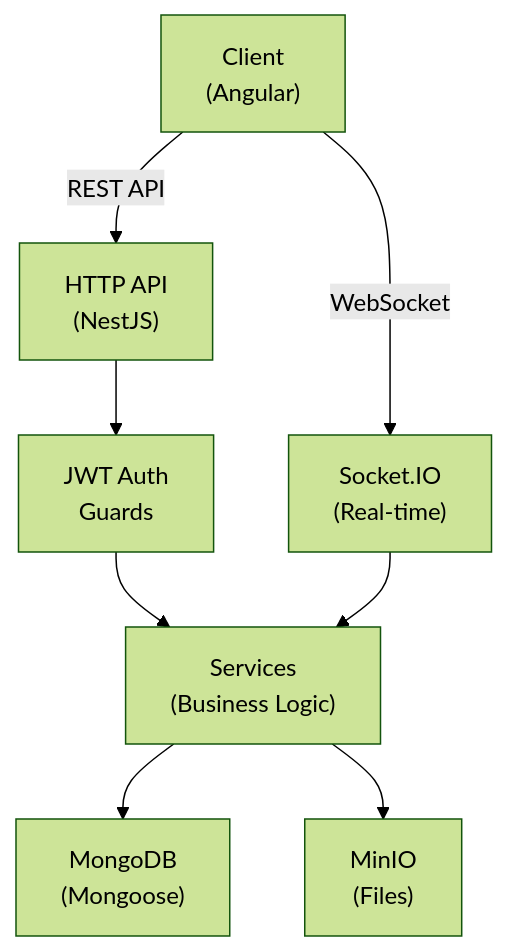
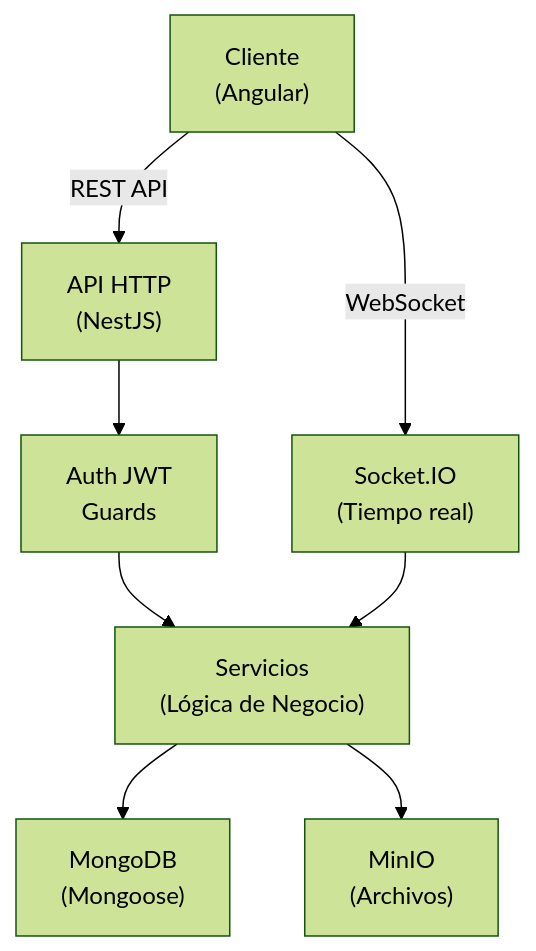
The diagram in docs-post-message/docs/backend/intro.md (Byroncl/laboratory-reviews), drawn with Mermaid (forest theme) before and after one commit. The commit also changed other lines of this file and 17 other files, not shown here.

Commit message:
refactor: implement clean architecture patterns with domains, repositories, use cases, constants, and comprehensive tests

````diff
--- a/docs-post-message/docs/backend/intro.md
+++ b/docs-post-message/docs/backend/intro.md
@@ -62,19 +62,19 @@
 ```mermaid
 graph TB
-    Client["Client<br/>(Angular)"]
-    API["HTTP API<br/>(NestJS)"]
-    Auth["JWT Auth<br/>Guards"]
-    Services["Services<br/>(Business Logic)"]
+    Client["Cliente<br/>(Angular)"]
+    API["API HTTP<br/>(NestJS)"]
+    Auth["Auth JWT<br/>Guards"]
+    Services["Servicios<br/>(Lógica de Negocio)"]
     DB["MongoDB<br/>(Mongoose)"]
-    Storage["MinIO<br/>(Files)"]
-    Socket["Socket.IO<br/>(Real-time)"]
+    Storage["MinIO<br/>(Archivos)"]
+    Socket["Socket.IO<br/>(Tiempo real)"]
     
     Client -->|REST API| API
     Client -->|WebSocket| Socket
     
     API --> Auth
     Auth --> Services
     Services --> DB
     Services --> Storage
     Socket --> Services
 ```
````
